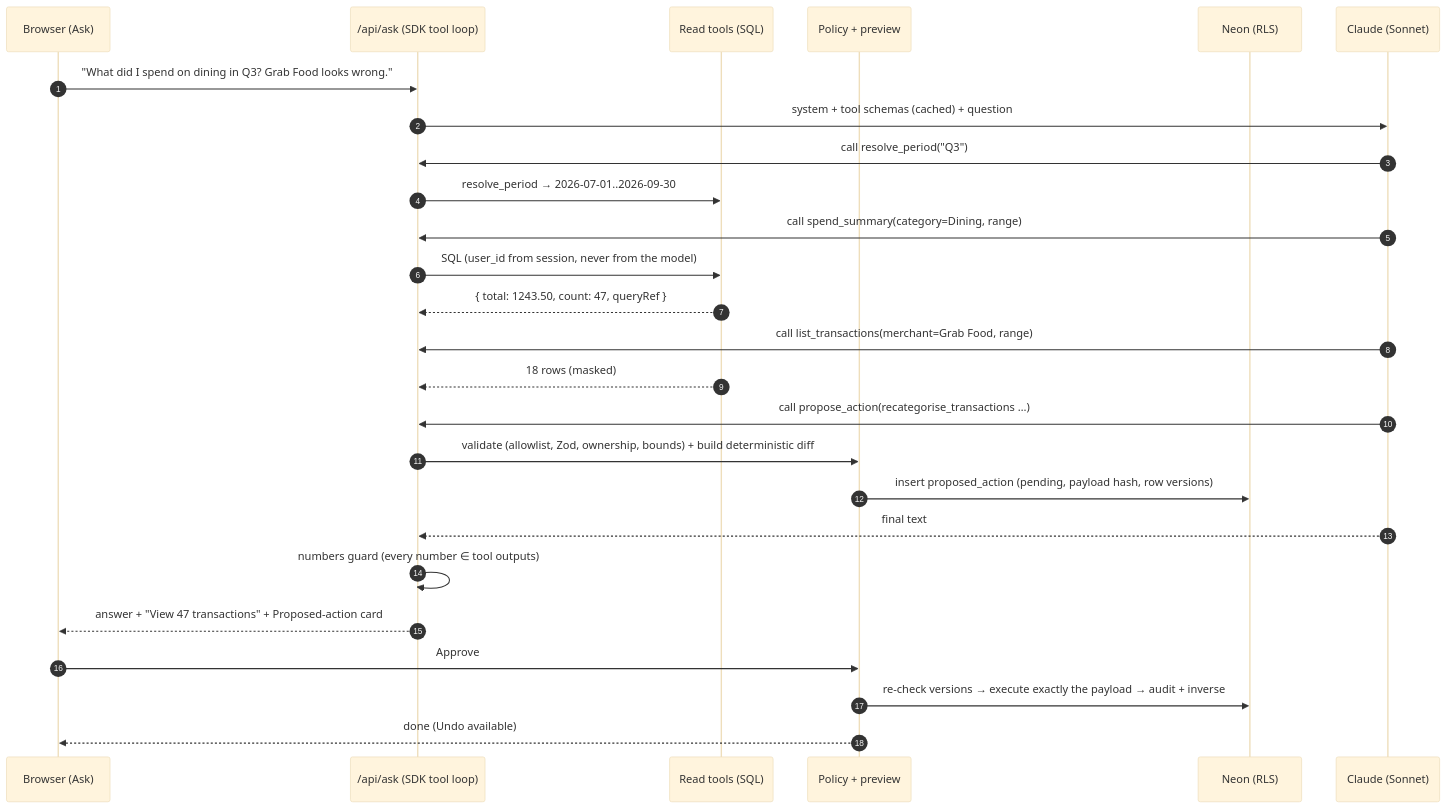
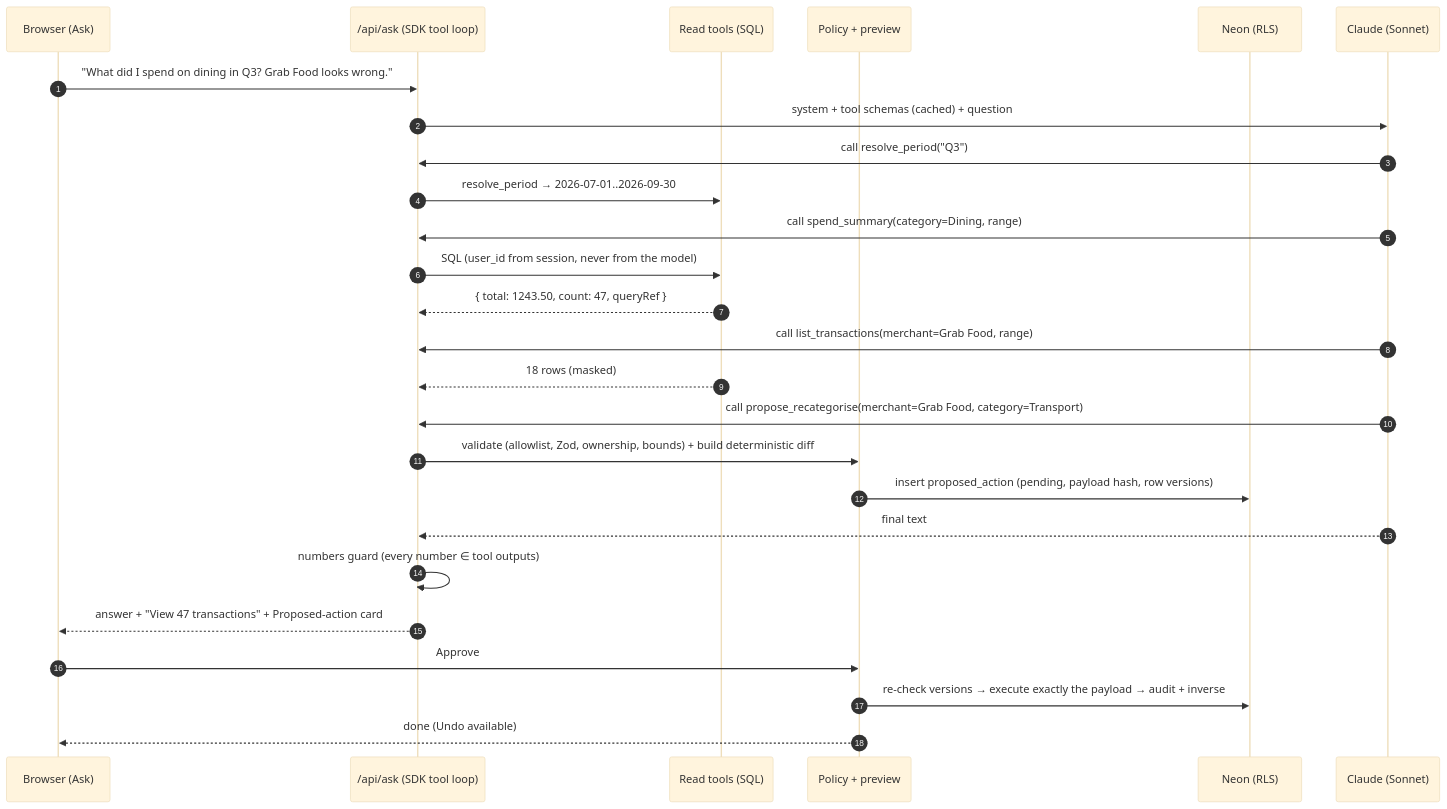
One commit to tmiharja/personal-finance-agent changed the third of 6 diagrams in docs/architecture.md. Above: the diagram before and after it, drawn with Mermaid (base theme). The commit also changed other lines of this file and 6 other files, not shown here.

````diff
--- a/docs/architecture.md
+++ b/docs/architecture.md
@@ -129,29 +129,29 @@
 ```mermaid
 sequenceDiagram
   autonumber
   participant U as Browser (Ask)
   participant A as /api/ask (SDK tool loop)
   participant T as Read tools (SQL)
   participant P as Policy + preview
   participant DB as Neon (RLS)
   participant LLM as Claude (Sonnet)
 
   U->>A: "What did I spend on dining in Q3? Grab Food looks wrong."
   A->>LLM: system + tool schemas (cached) + question
   LLM->>A: call resolve_period("Q3")
   A->>T: resolve_period → 2026-07-01..2026-09-30
   LLM->>A: call spend_summary(category=Dining, range)
   A->>T: SQL (user_id from session, never from the model)
   T-->>A: { total: 1243.50, count: 47, queryRef }
   LLM->>A: call list_transactions(merchant=Grab Food, range)
   T-->>A: 18 rows (masked)
-  LLM->>A: call propose_action(recategorise_transactions …)
+  LLM->>A: call propose_recategorise(merchant=Grab Food, category=Transport)
   A->>P: validate (allowlist, Zod, ownership, bounds) + build deterministic diff
   P->>DB: insert proposed_action (pending, payload hash, row versions)
   LLM-->>A: final text
   A->>A: numbers guard (every number ∈ tool outputs)
   A-->>U: answer + "View 47 transactions" + Proposed-action card
   U->>P: Approve
   P->>DB: re-check versions → execute exactly the payload → audit + inverse
   P-->>U: done (Undo available)
 ```
````
